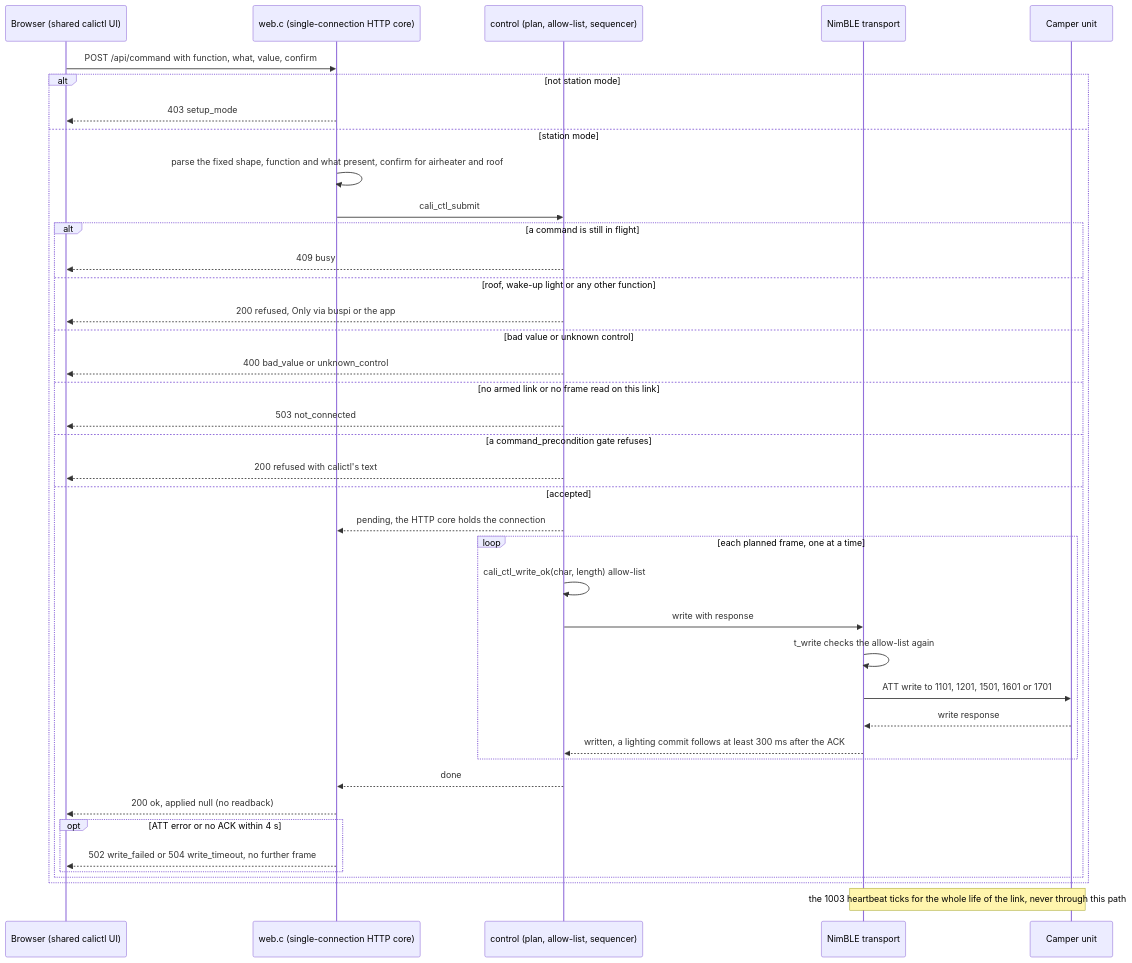
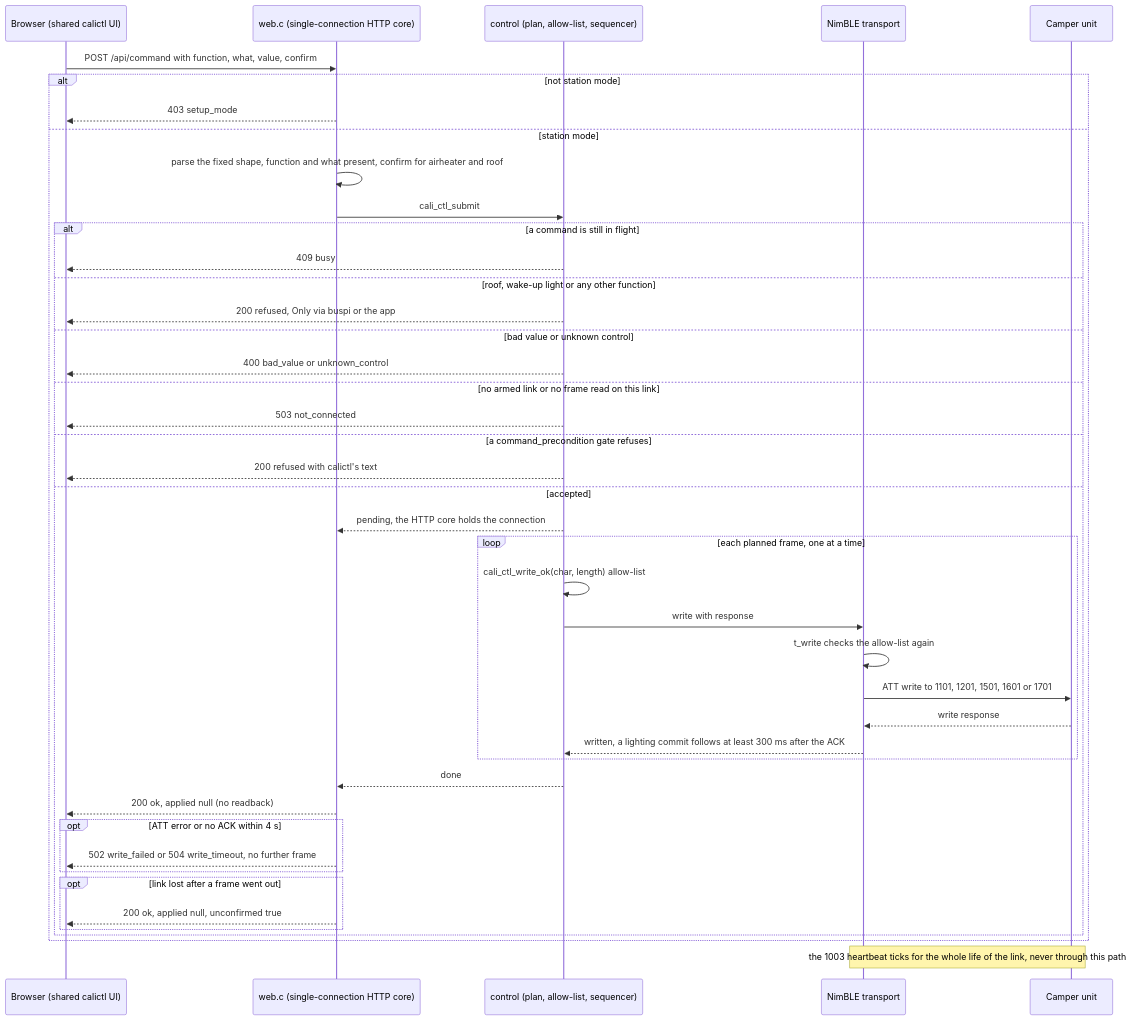
Before and after one commit to ckeller42/open-california: diagram 17 of 17 in docs/protocol-sequences.rst, drawn with Mermaid. The commit also changed other lines of this file and 12 other files, not shown here.

First line of the commit message:
esp: report a write whose ACK was lost to a link drop as unconfirmed, not failed (#264) (#271)

```diff
--- a/docs/protocol-sequences.rst
+++ b/docs/protocol-sequences.rst
@@ -1371,42 +1374,45 @@
 .. mermaid::
 
     sequenceDiagram
         participant B as Browser (shared calictl UI)
         participant W as web.c (single-connection HTTP core)
         participant C as control (plan, allow-list, sequencer)
         participant N as NimBLE transport
         participant U as Camper unit
         B->>W: POST /api/command with function, what, value, confirm
         alt not station mode
             W-->>B: 403 setup_mode
         else station mode
             W->>W: parse the fixed shape, function and what present, confirm for airheater and roof
             W->>C: cali_ctl_submit
             alt a command is still in flight
                 C-->>B: 409 busy
             else roof, wake-up light or any other function
                 C-->>B: 200 refused, Only via buspi or the app
             else bad value or unknown control
                 C-->>B: 400 bad_value or unknown_control
             else no armed link or no frame read on this link
                 C-->>B: 503 not_connected
             else a command_precondition gate refuses
                 C-->>B: 200 refused with calictl's text
             else accepted
                 C-->>W: pending, the HTTP core holds the connection
                 loop each planned frame, one at a time
                     C->>C: cali_ctl_write_ok(char, length) allow-list
                     C->>N: write with response
                     N->>N: t_write checks the allow-list again
                     N->>U: ATT write to 1101, 1201, 1501, 1601 or 1701
                     U-->>N: write response
                     N-->>C: written, a lighting commit follows at least 300 ms after the ACK
                 end
                 C-->>W: done
                 W-->>B: 200 ok, applied null (no readback)
                 opt ATT error or no ACK within 4 s
                     W-->>B: 502 write_failed or 504 write_timeout, no further frame
                 end
+                opt link lost after a frame went out
+                    W-->>B: 200 ok, applied null, unconfirmed true
+                end
             end
         end
         Note over N,U: the 1003 heartbeat ticks for the whole life of the link, never through this path
```
